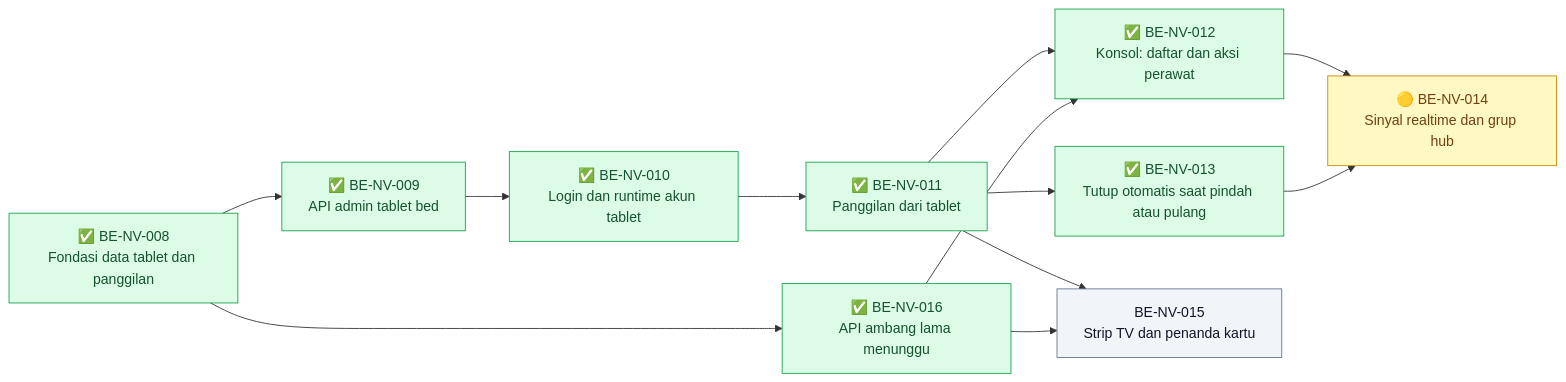
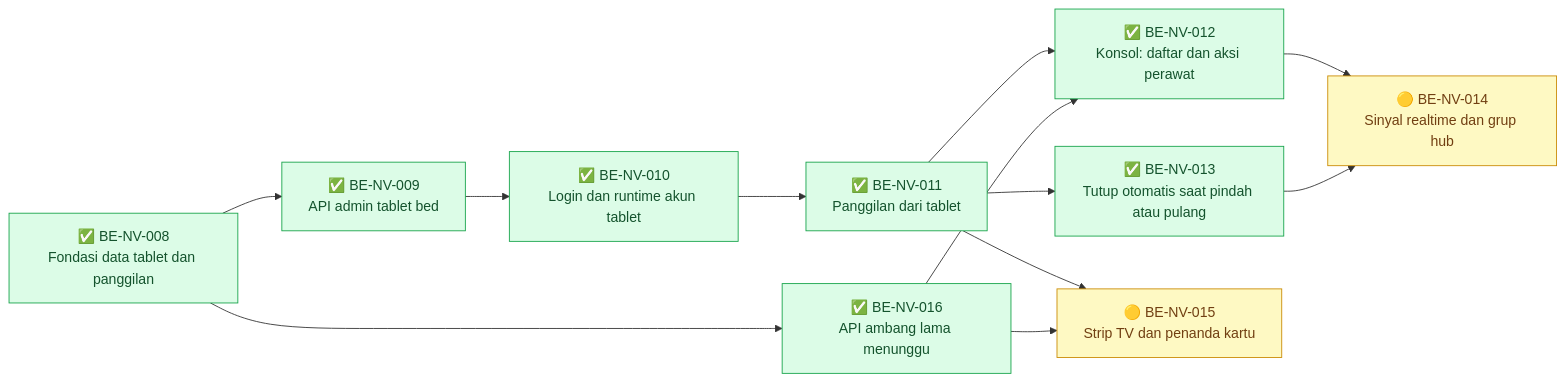
One commit to DevBenari/NewQuilvianSystemBackend changed the second of 2 diagrams in docs/module-blueprints/nurse-view/roadmap/backend-roadmap.md. Above: the diagram before and after it, drawn with Mermaid. The commit also changed other lines of this file and 9 other files, not shown here.

````diff
--- a/docs/module-blueprints/nurse-view/roadmap/backend-roadmap.md
+++ b/docs/module-blueprints/nurse-view/roadmap/backend-roadmap.md
@@ -204,29 +204,29 @@
 ```mermaid
 flowchart LR
     classDef selesai fill:#DCFCE7,stroke:#16A34A,color:#14532D
     classDef sebagian fill:#FEF9C3,stroke:#CA8A04,color:#713F12
     classDef terblokir fill:#FEE2E2,stroke:#DC2626,color:#7F1D1D
     classDef belum fill:#F1F5F9,stroke:#64748B,color:#0F172A
 
     BENV008["✅ BE-NV-008<br/>Fondasi data tablet dan panggilan"]:::selesai
     BENV009["✅ BE-NV-009<br/>API admin tablet bed"]:::selesai
     BENV010["✅ BE-NV-010<br/>Login dan runtime akun tablet"]:::selesai
     BENV011["✅ BE-NV-011<br/>Panggilan dari tablet"]:::selesai
     BENV012["✅ BE-NV-012<br/>Konsol: daftar dan aksi perawat"]:::selesai
     BENV013["✅ BE-NV-013<br/>Tutup otomatis saat pindah atau pulang"]:::selesai
     BENV014["🟡 BE-NV-014<br/>Sinyal realtime dan grup hub"]:::sebagian
-    BENV015["BE-NV-015<br/>Strip TV dan penanda kartu"]:::belum
+    BENV015["🟡 BE-NV-015<br/>Strip TV dan penanda kartu"]:::sebagian
     BENV016["✅ BE-NV-016<br/>API ambang lama menunggu"]:::selesai
 
     BENV008 --> BENV009
     BENV009 --> BENV010
     BENV010 --> BENV011
     BENV011 --> BENV012
     BENV011 --> BENV013
     BENV011 --> BENV015
     BENV008 --> BENV016
     BENV016 --> BENV012
     BENV016 --> BENV015
     BENV012 --> BENV014
     BENV013 --> BENV014
 ```
````
